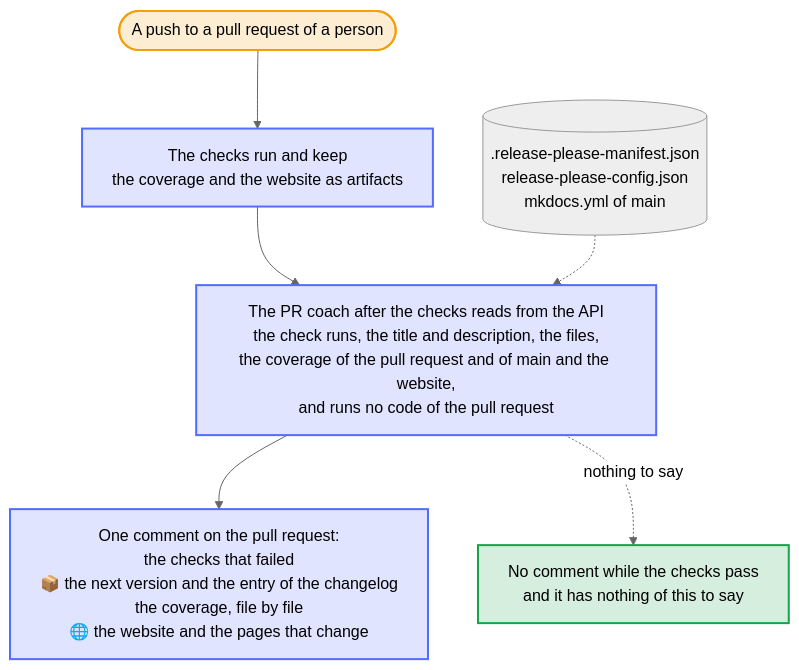
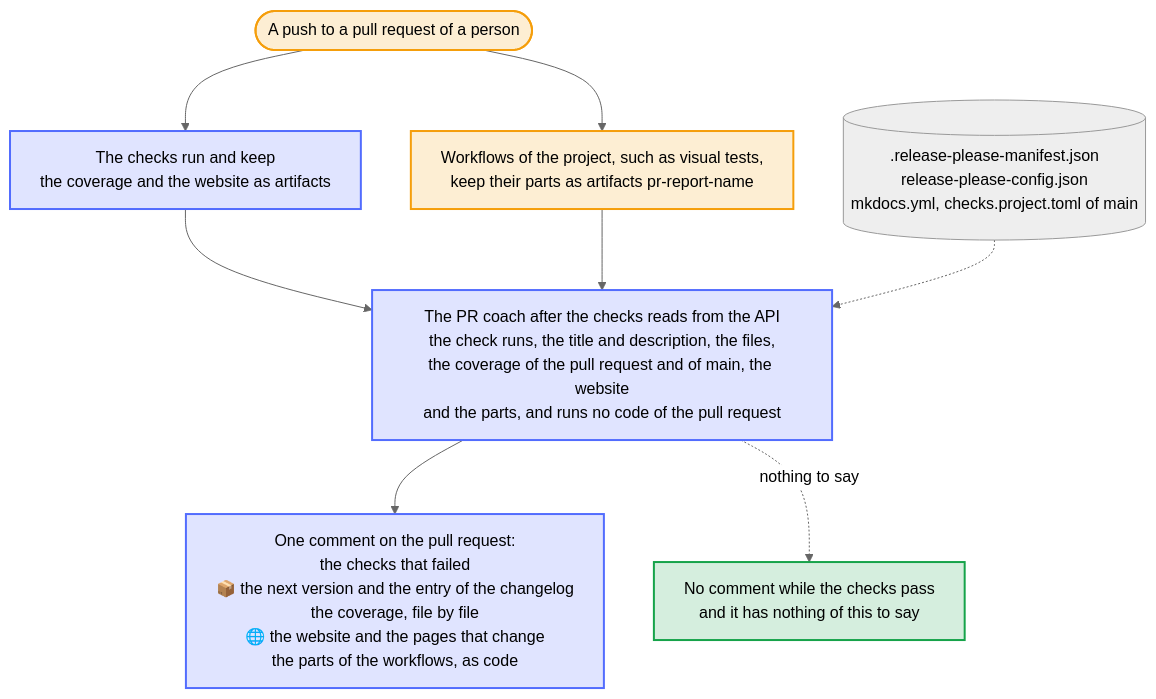
One commit to Dennis-Otto/repo-blueprint changed the diagram in docs/diagrams/the-report-of-a-pull-request.mmd. Above: the diagram before and after it, drawn with Mermaid (neutral theme). The commit also changed 22 other files, not shown here.

First line of the commit message:
feat(coach): let project workflows add a part to the report of the PR coach

```diff
--- a/docs/diagrams/the-report-of-a-pull-request.mmd
+++ b/docs/diagrams/the-report-of-a-pull-request.mmd
@@ -1,26 +1,28 @@
 ---
 config:
   flowchart:
     wrappingWidth: 400
 ---
 flowchart TB
     accTitle: The report of a pull request
-    accDescr: A push to a pull request of a person runs the checks, which keep the coverage of the tests and the website that they built as artifacts. After the checks, the PR coach reads the check runs, the title and description, the files, the coverage reports of the pull request and of main and the artifact website from the API, with the release-please files and mkdocs.yml of main, and runs no code of the pull request. It keeps one comment: the checks that failed, the next version with the entry of the changelog, the coverage file by file, and the website with the pages that change. A pull request whose checks pass gets it only when it has something of this to say.
+    accDescr: A push to a pull request of a person runs the checks, which keep the coverage of the tests and the website that they built as artifacts, and the workflows of the project, which keep their parts as artifacts pr-report-name. After the checks, the PR coach reads the check runs, the title and description, the files, the coverage reports of the pull request and of main, the artifact website and the parts from the API, with the release-please files, mkdocs.yml and the parts that .github/checks.project.toml declares of main, and runs no code of the pull request. It keeps one comment: the checks that failed, the next version with the entry of the changelog, the coverage file by file, the website with the pages that change, and the parts of the workflows as code. A pull request whose checks pass gets it only when it has something of this to say.
 
     push(["A push to a pull request of a person"])
     checks["The checks run and keep<br>the coverage and the website as artifacts"]
-    coach["The PR coach after the checks reads from the API<br>the check runs, the title and description, the files,<br>the coverage of the pull request and of main and the website,<br>and runs no code of the pull request"]
-    main[(".release-please-manifest.json<br>release-please-config.json<br>mkdocs.yml of main")]
-    comment["One comment on the pull request:<br>the checks that failed<br>📦 the next version and the entry of the changelog<br>the coverage, file by file<br>🌐 the website and the pages that change"]
+    project["Workflows of the project, such as visual tests,<br>keep their parts as artifacts pr-report-name"]
+    coach["The PR coach after the checks reads from the API<br>the check runs, the title and description, the files,<br>the coverage of the pull request and of main, the website<br>and the parts, and runs no code of the pull request"]
+    main[(".release-please-manifest.json<br>release-please-config.json<br>mkdocs.yml, checks.project.toml of main")]
+    comment["One comment on the pull request:<br>the checks that failed<br>📦 the next version and the entry of the changelog<br>the coverage, file by file<br>🌐 the website and the pages that change<br>the parts of the workflows, as code"]
     quiet["No comment while the checks pass<br>and it has nothing of this to say"]
 
     push --> checks --> coach --> comment
+    push --> project --> coach
     main -.-> coach
     coach -. "nothing to say" .-> quiet
 
     classDef bot fill:#526cfe2e,stroke:#526cfe,stroke-width:2px
     classDef person fill:#f59e0b2e,stroke:#f59e0b,stroke-width:2px
     classDef done fill:#16a34a2e,stroke:#16a34a,stroke-width:2px
     class checks,coach,comment bot
-    class push person
+    class push,project person
     class quiet done
```
